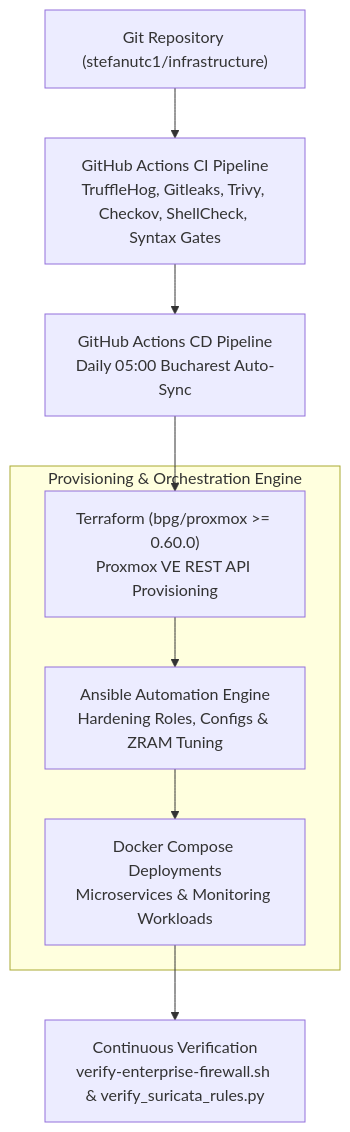
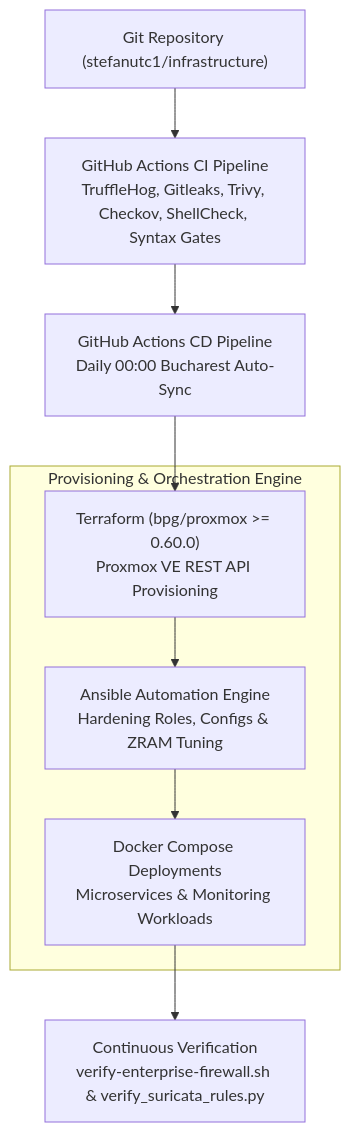
Before and after one commit to stefanutc1/infrastructure: the fourth of 7 diagrams in README.md, drawn with Mermaid. The commit also changed other lines of this file and 8 other files, not shown here.

Commit message:
ci(cd): reschedule auto-sync from 05:00 to 00:00 Europe/Bucharest

````diff
--- a/README.md
+++ b/README.md
@@ -168,16 +168,16 @@
 ```mermaid
 flowchart TD
     REPO["Git Repository (stefanutc1/infrastructure)"] --> CI["GitHub Actions CI Pipeline<br/>TruffleHog, Gitleaks, Trivy, Checkov, ShellCheck, Syntax Gates"]
-    CI --> CD["GitHub Actions CD Pipeline<br/>Daily 05:00 Bucharest Auto-Sync"]
+    CI --> CD["GitHub Actions CD Pipeline<br/>Daily 00:00 Bucharest Auto-Sync"]
     
     subgraph IAC["Provisioning & Orchestration Engine"]
         TF["Terraform (bpg/proxmox >= 0.60.0)<br/>Proxmox VE REST API Provisioning"]
         ANSIBLE["Ansible Automation Engine<br/>Hardening Roles, Configs & ZRAM Tuning"]
         COMPOSE["Docker Compose Deployments<br/>Microservices & Monitoring Workloads"]
     end
 
     CD --> TF
     TF --> ANSIBLE
     ANSIBLE --> COMPOSE
     COMPOSE --> AUDIT["Continuous Verification<br/>verify-enterprise-firewall.sh & verify_suricata_rules.py"]
 ```
````
